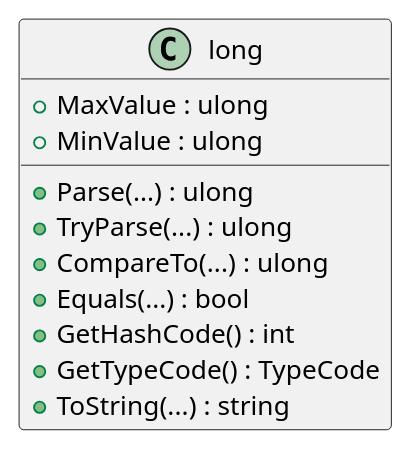
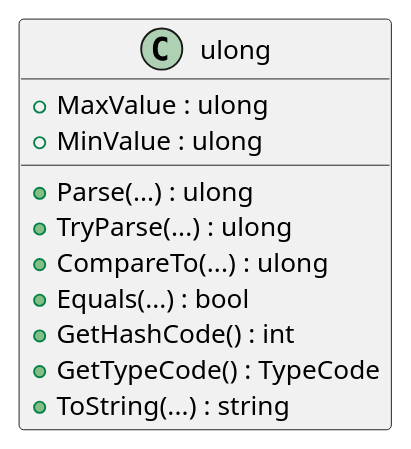
One commit to 03376836-OOP-2566/03376836-OOP-2566-Lab-02 changed the eighth of 15 diagrams in 65030258_HOMEWORK/Lab-02-part-1/README.md. Above: the diagram before and after it, drawn with PlantUML. The commit also changed other lines of this file, not shown here.

````diff
--- a/65030258_HOMEWORK/Lab-02-part-1/README.md
+++ b/65030258_HOMEWORK/Lab-02-part-1/README.md
@@ -151,18 +151,18 @@
 ```plantuml
 @startuml
-class long
+class ulong
 {
   + MaxValue : ulong
   + MinValue : ulong
 
   + Parse(...) : ulong
   + TryParse(...) : ulong
   + CompareTo(...) : ulong
   + Equals(...) : bool
   + GetHashCode() : int
   + GetTypeCode() : TypeCode
   + ToString(...) : string
 }
 @enduml
 #Sittha Klaphanich
 ```
````
